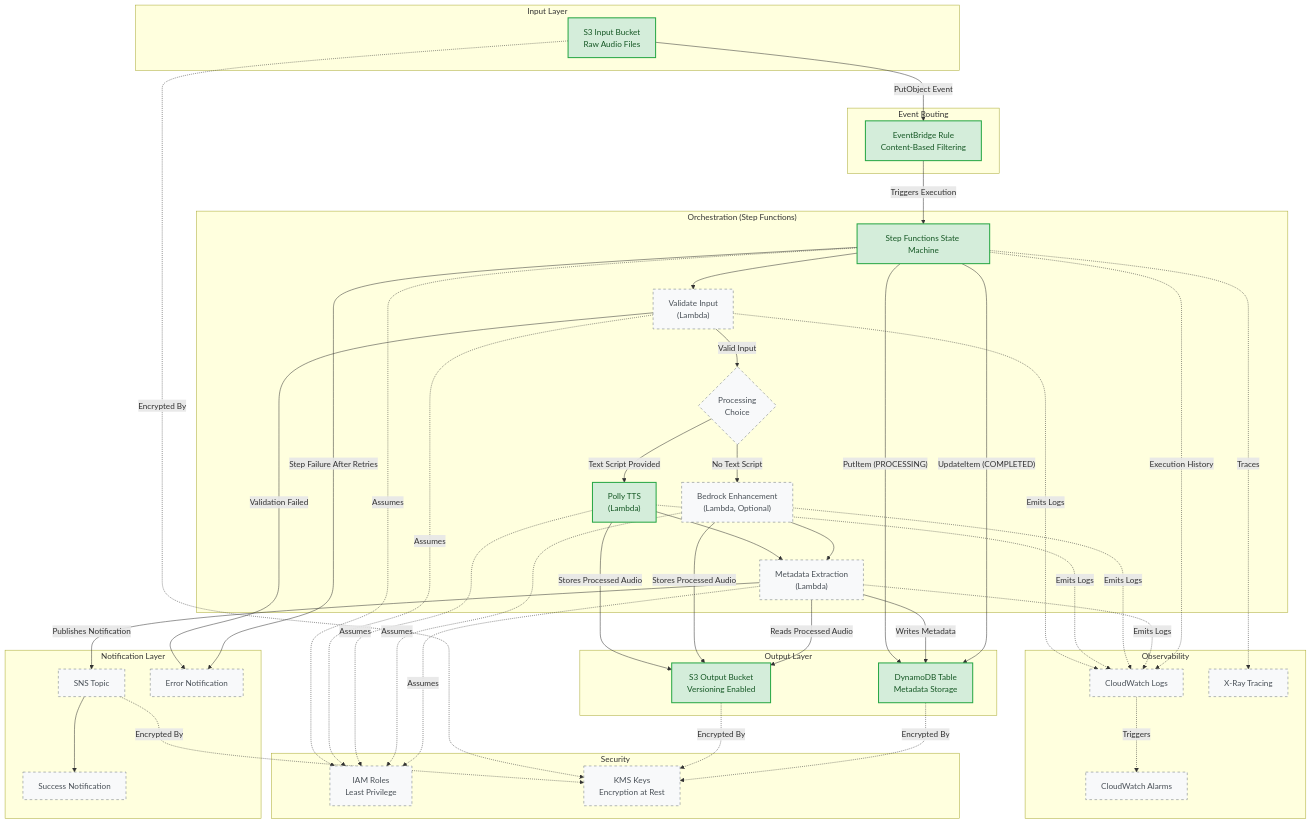
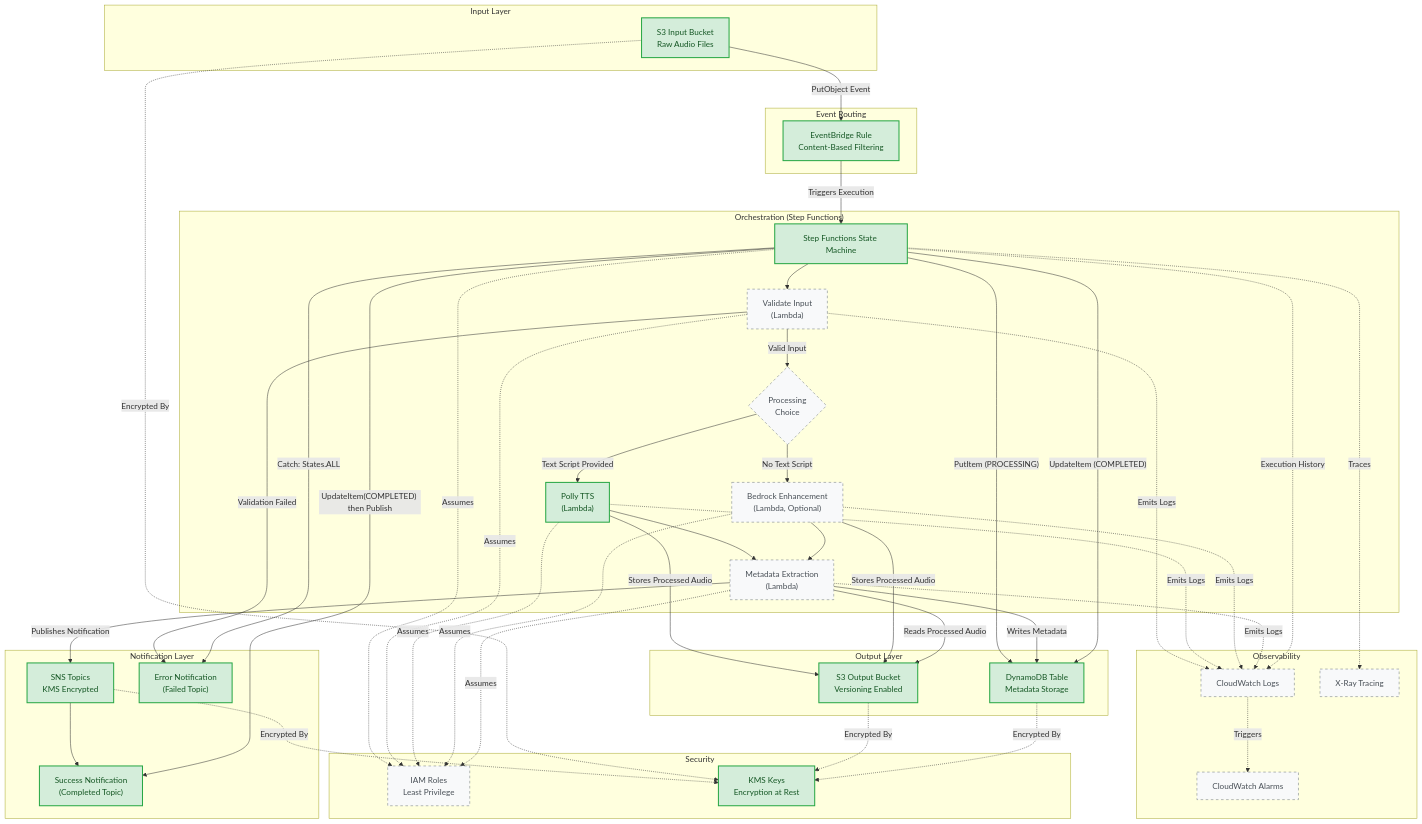
One commit to obstreperous-ai/cdk-sleep-java-kiro changed the diagram in ARCHITECTURE.md. Above: the diagram before and after it, drawn with Mermaid. The commit also changed other lines of this file and 5 other files, not shown here.

First line of the commit message:
feat: add SNS notifications and Step Functions error handling

```diff
--- a/ARCHITECTURE.md
+++ b/ARCHITECTURE.md
@@ -247,9 +270,9 @@
     end
 
     subgraph Notification["Notification Layer"]
-        SNSTopic["SNS Topic"]
-        SuccessPath["Success Notification"]
-        ErrorPath["Error Notification"]
+        SNSTopic["SNS Topics\nKMS Encrypted"]
+        SuccessPath["Success Notification\n(Completed Topic)"]
+        ErrorPath["Error Notification\n(Failed Topic)"]
     end
 
     subgraph Observability["Observability"]
@@ -283,7 +306,8 @@
 
     %% Error flow
     Validate -->|"Validation Failed"| ErrorPath
-    SFN -->|"Step Failure After Retries"| ErrorPath
+    SFN -->|"Catch: States.ALL"| ErrorPath
+    SFN -->|"UpdateItem(COMPLETED) then Publish"| SuccessPath
 
     %% Observability connections
     Validate -.->|"Emits Logs"| CWLogs
@@ -309,8 +333,8 @@
     classDef implemented fill:#d4edda,stroke:#28a745,stroke-width:2px,color:#155724
     classDef planned fill:#f8f9fa,stroke:#6c757d,stroke-width:1px,stroke-dasharray:5 5,color:#495057
 
-    class S3Input,S3Output,EBRule,SFN,PollyTTS,DDB implemented
-    class Validate,Choice,BedrockEnhance,MetadataExtract,SNSTopic,SuccessPath,ErrorPath,CWLogs,CWAlarms,XRay,IAMRoles,KMSKeys planned
+    class S3Input,S3Output,EBRule,SFN,PollyTTS,DDB,SNSTopic,SuccessPath,ErrorPath,KMSKeys implemented
+    class Validate,Choice,BedrockEnhance,MetadataExtract,CWLogs,CWAlarms,XRay,IAMRoles planned
 
     %% Legend:
     %% Green (solid border) = Implemented
```
